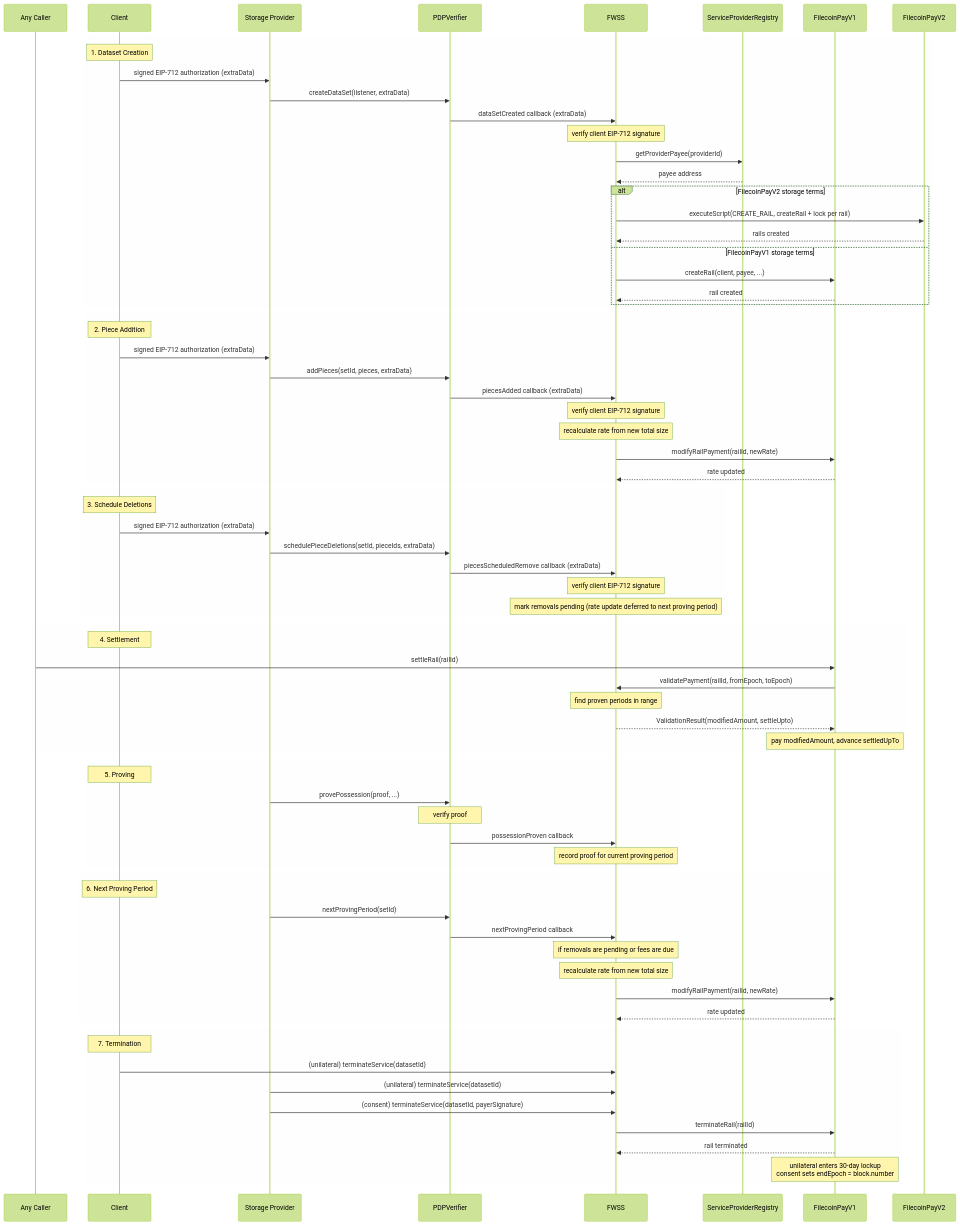
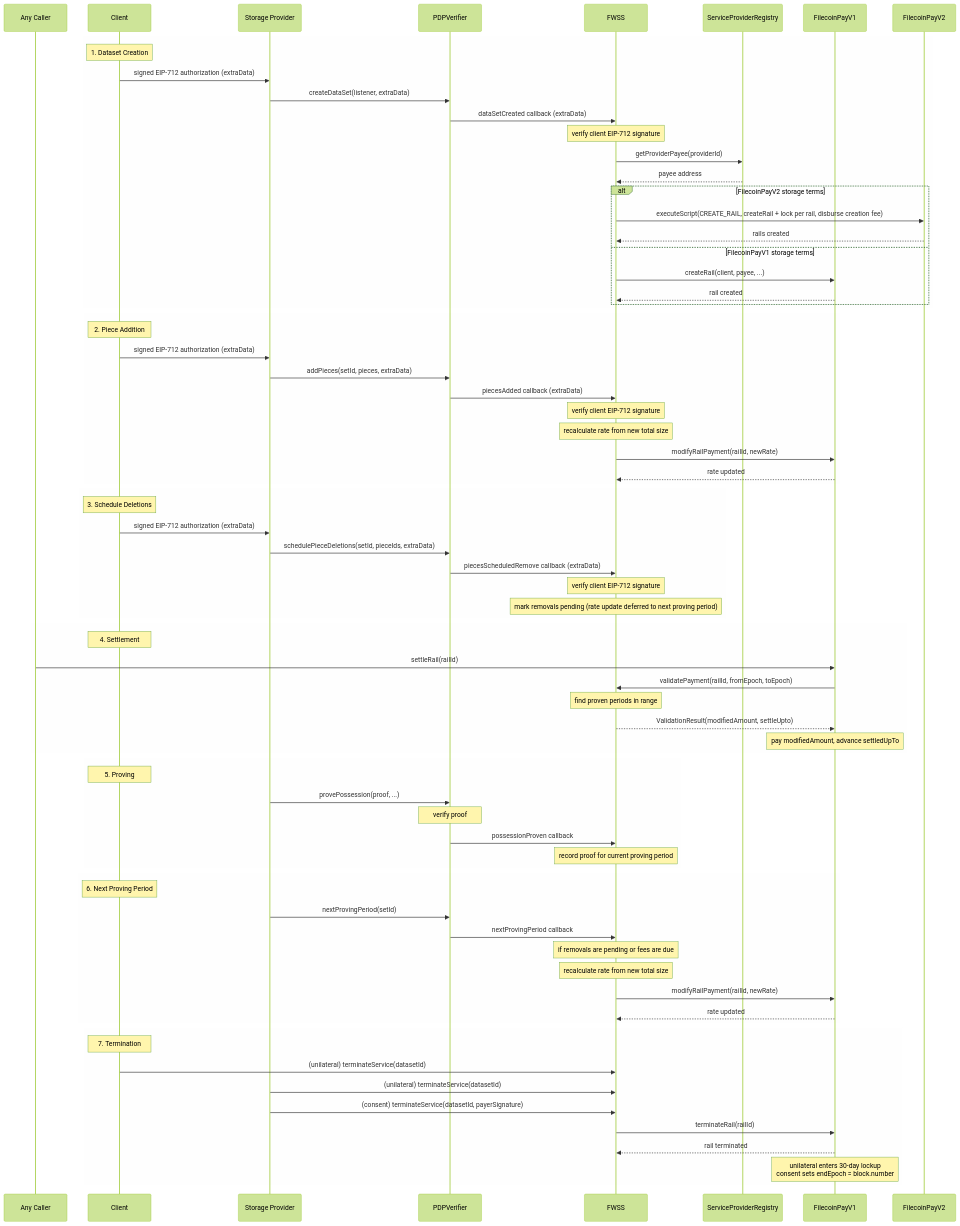
The second of 2 diagrams in SPEC.md (FilOzone/filecoin-services), drawn with Mermaid (forest theme) before and after one commit. The commit also changed other lines of this file and 7 other files, not shown here.

First line of the commit message:
feat(fwss): pay one-time fees as they arise on FilecoinPayV2

```diff
--- a/SPEC.md
+++ b/SPEC.md
@@ -465,7 +467,7 @@
     FWSS->>ServiceProviderRegistry: getProviderPayee(providerId)
     ServiceProviderRegistry-->>FWSS: payee address
     alt FilecoinPayV2 storage terms
-      FWSS->>FilecoinPayV2: executeScript(CREATE_RAIL, createRail + lock per rail)
+      FWSS->>FilecoinPayV2: executeScript(CREATE_RAIL, createRail + lock per rail, disburse creation fee)
       FilecoinPayV2-->>FWSS: rails created
     else FilecoinPayV1 storage terms
       FWSS->>FilecoinPayV1: createRail(client, payee, ...)
```
